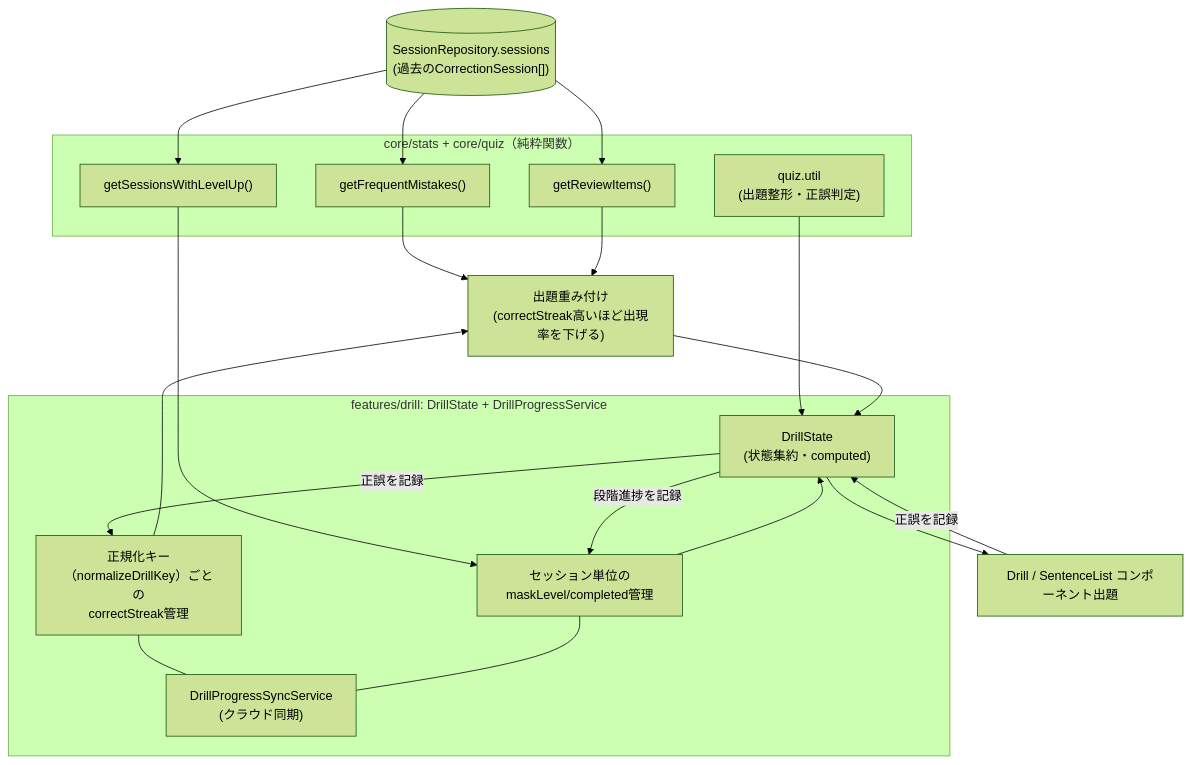
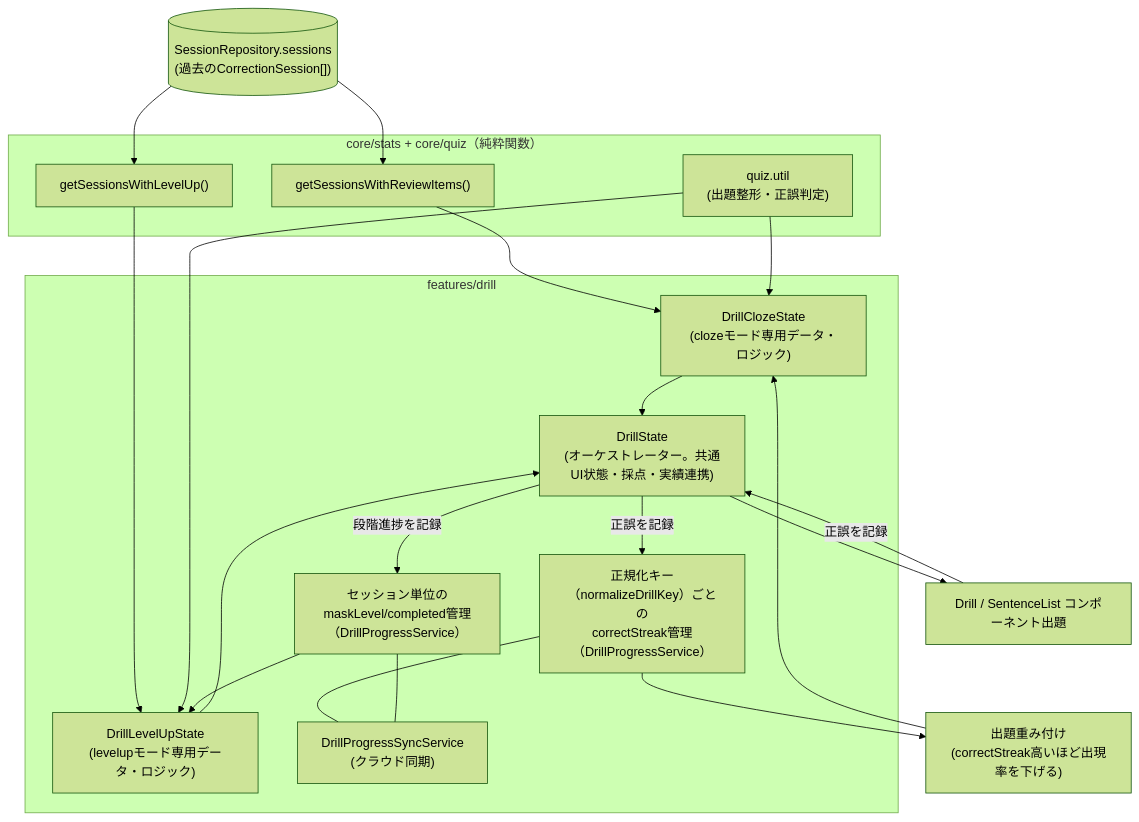
The seventh of 12 diagrams in ARCHITECTURE.md (rmatsuo-jp/eibun-lab), drawn with Mermaid (forest theme) before and after one commit. The commit also changed other lines of this file and 47 other files, not shown here.

````diff
--- a/ARCHITECTURE.md
+++ b/ARCHITECTURE.md
@@ -218,34 +240,37 @@
 ```mermaid
 flowchart TD
     Sessions[("SessionRepository.sessions\n(過去のCorrectionSession[])")]
 
     subgraph Stats["core/stats + core/quiz（純粋関数）"]
-        FreqMistakes["getFrequentMistakes()"]
-        ReviewItems["getReviewItems()"]
+        ReviewItems["getSessionsWithReviewItems()"]
         LevelUpSessions["getSessionsWithLevelUp()"]
         QuizUtil["quiz.util\n(出題整形・正誤判定)"]
     end
 
-    subgraph Progress["features/drill: DrillState + DrillProgressService"]
-        DrillState["DrillState\n(状態集約・computed)"]
-        DrillKey["正規化キー（normalizeDrillKey）ごとの\ncorrectStreak管理"]
-        LevelUpProg["セッション単位のmaskLevel/completed管理"]
+    subgraph Progress["features/drill"]
+        ClozeState["DrillClozeState\n(clozeモード専用データ・ロジック)"]
+        LevelUpState["DrillLevelUpState\n(levelupモード専用データ・ロジック)"]
+        DrillState["DrillState\n(オーケストレーター。共通UI状態・採点・実績連携)"]
+        DrillKey["正規化キー（normalizeDrillKey）ごとの\ncorrectStreak管理（DrillProgressService）"]
+        LevelUpProg["セッション単位のmaskLevel/completed管理（DrillProgressService）"]
         Sync["DrillProgressSyncService\n(クラウド同期)"]
     end
 
-    Sessions --> FreqMistakes --> Weighting
-    Sessions --> ReviewItems --> Weighting
-    Sessions --> LevelUpSessions --> LevelUpProg
-    QuizUtil --> DrillState
+    Sessions --> ReviewItems --> ClozeState
+    Sessions --> LevelUpSessions --> LevelUpState
+    QuizUtil --> ClozeState
+    QuizUtil --> LevelUpState
 
     DrillKey --> Weighting["出題重み付け\n(correctStreak高いほど出現率を下げる)"]
-    Weighting --> DrillState
-    LevelUpProg --> DrillState
+    Weighting --> ClozeState
+    LevelUpProg --> LevelUpState
+    ClozeState --> DrillState
+    LevelUpState --> DrillState
     DrillState --> Quiz["Drill / SentenceList コンポーネント出題"]
 
     Quiz -->|正誤を記録| DrillState
     DrillState -->|正誤を記録| DrillKey
     DrillState -->|段階進捗を記録| LevelUpProg
     DrillKey --- Sync
     LevelUpProg --- Sync
 ```
````
